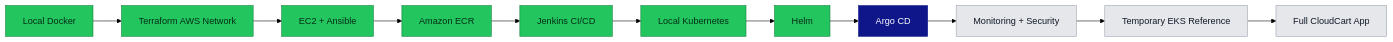
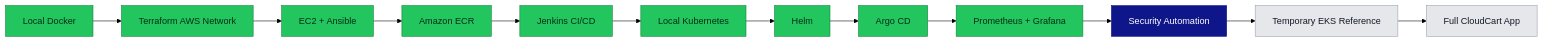
The first of 13 diagrams in README.md (anshu-sharma-devops/cloudcart-production-devops-platform), drawn with Mermaid (forest theme) before and after one commit. The commit also changed other lines of this file, not shown here.

Commit message:
docs: document completed GitOps and monitoring phases

````diff
--- a/README.md
+++ b/README.md
@@ -117,17 +123,18 @@
 ```mermaid
 flowchart LR
     A["Local Docker"]:::done --> B["Terraform AWS Network"]:::done
     B --> C["EC2 + Ansible"]:::done
     C --> D["Amazon ECR"]:::done
     D --> E["Jenkins CI/CD"]:::done
     E --> F["Local Kubernetes"]:::done
     F --> G["Helm"]:::done
-    G --> H["Argo CD"]:::next
-    H --> I["Monitoring + Security"]:::planned
-    I --> J["Temporary EKS Reference"]:::planned
-    J --> K["Full CloudCart App"]:::planned
+    G --> H["Argo CD"]:::done
+    H --> I["Prometheus + Grafana"]:::done
+    I --> J["Security Automation"]:::next
+    J --> K["Temporary EKS Reference"]:::planned
+    K --> L["Full CloudCart App"]:::planned
 
     classDef done fill:#22C55E,stroke:#15803D,color:#052e16
     classDef next fill:#0F1689,stroke:#0F1689,color:#ffffff
     classDef planned fill:#E5E7EB,stroke:#9CA3AF,color:#111827
 ```
````
